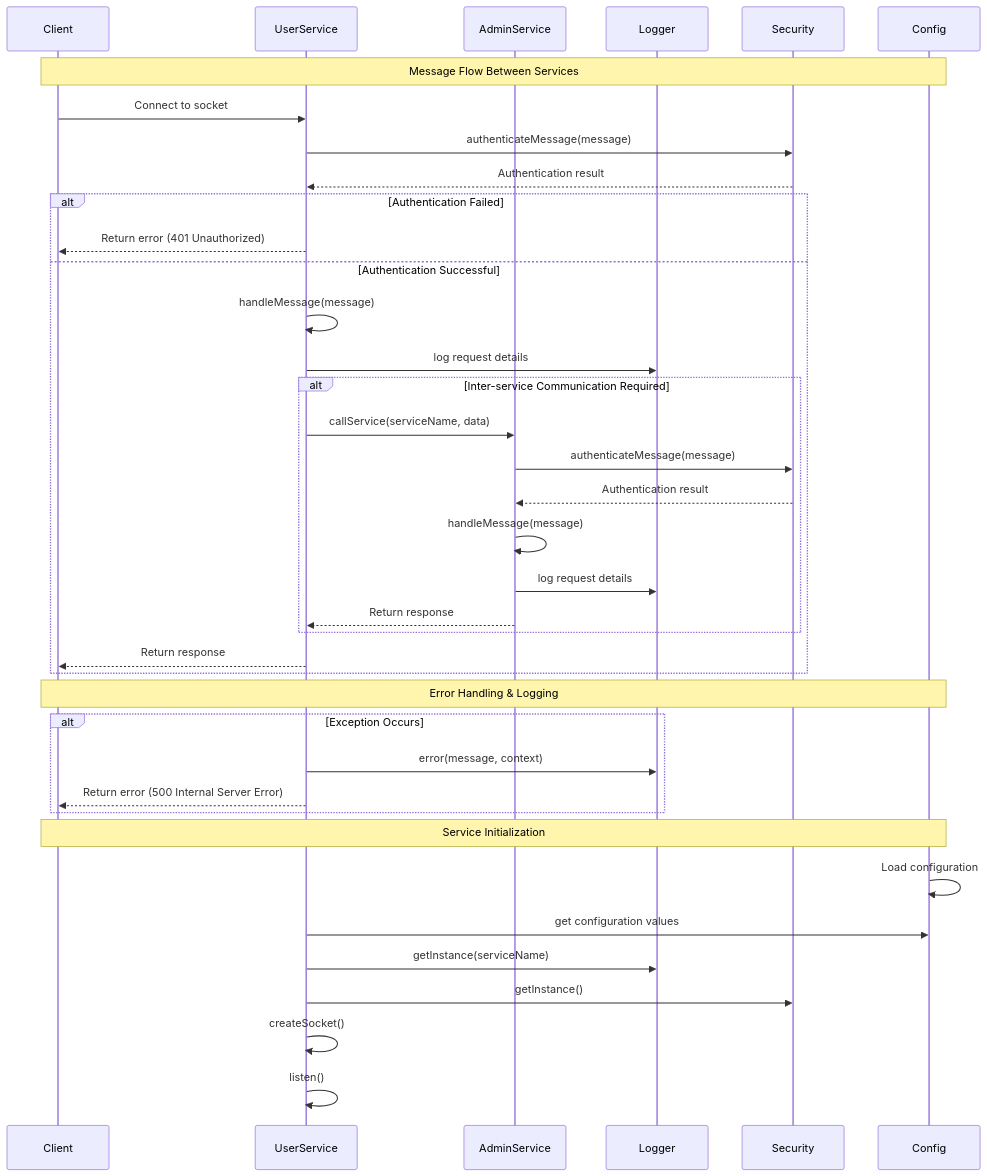
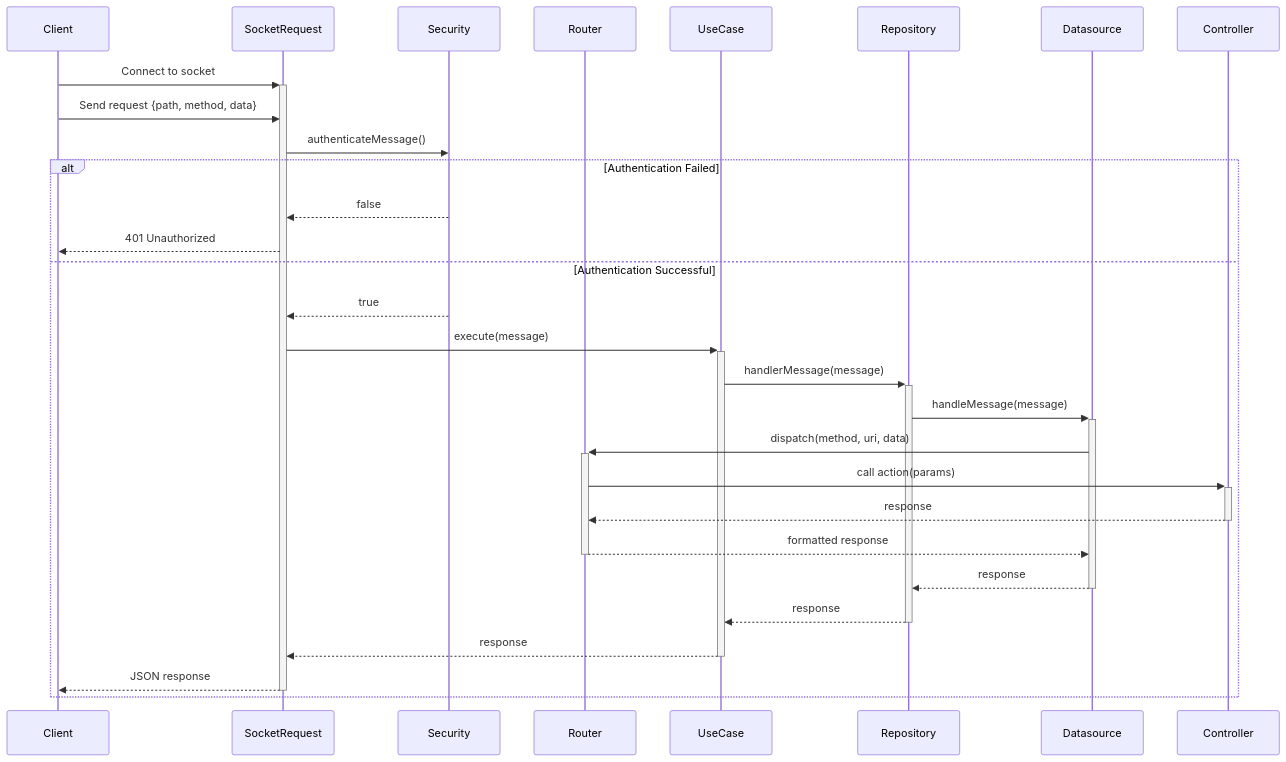
One commit to zekiunal/unix changed the fourth of 4 diagrams in README.md. Above: the diagram before and after it, drawn with Mermaid. The commit also changed other lines of this file, not shown here.

````diff
--- a/README.md
+++ b/README.md
@@ -408,49 +270,33 @@
 ```mermaid
 sequenceDiagram
-    participant C as Client
-    participant US as UserService
-    participant AS as AdminService
-    participant L as Logger
-    participant S as Security
-    participant CO as Config
+    participant CL as Client
+    participant SR as SocketRequest
+    participant SC as Security
+    participant RT as Router
+    participant UC as UseCase
+    participant RP as Repository
+    participant DS as Datasource
+    participant CT as Controller
     
-    Note over C,CO: Message Flow Between Services
-    
-    C->>US: Connect to socket
-    US->>S: authenticateMessage(message)
-    S-->>US: Authentication result
+    CL->>+SR: Connect to socket
+    CL->>SR: Send request {path, method, data}
+    SR->>SC: authenticateMessage()
     
     alt Authentication Failed
-        US-->>C: Return error (401 Unauthorized)
+        SC-->>SR: false
+        SR-->>CL: 401 Unauthorized
     else Authentication Successful
-        US->>US: handleMessage(message)
-        US->>L: log request details
-        
-        alt Inter-service Communication Required
-            US->>AS: callService(serviceName, data)
-            AS->>S: authenticateMessage(message)
-            S-->>AS: Authentication result
-            AS->>AS: handleMessage(message)
-            AS->>L: log request details
-            AS-->>US: Return response
-        end
-        
-        US-->>C: Return response
+        SC-->>SR: true
+        SR->>+UC: execute(message)
+        UC->>+RP: handlerMessage(message)
+        RP->>+DS: handleMessage(message)
+        DS->>+RT: dispatch(method, uri, data)
+        RT->>+CT: call action(params)
+        CT-->>-RT: response
+        RT-->>-DS: formatted response
+        DS-->>-RP: response
+        RP-->>-UC: response
+        UC-->>-SR: response
+        SR-->>-CL: JSON response
     end
-    
-    Note over C,CO: Error Handling & Logging
-    
-    alt Exception Occurs
-        US->>L: error(message, context)
-        US-->>C: Return error (500 Internal Server Error)
-    end
-    
-    Note over C,CO: Service Initialization
-    
-    CO->>CO: Load configuration
-    US->>CO: get configuration values
-    US->>L: getInstance(serviceName)
-    US->>S: getInstance()
-    US->>US: createSocket()
-    US->>US: listen()
 ```
````
